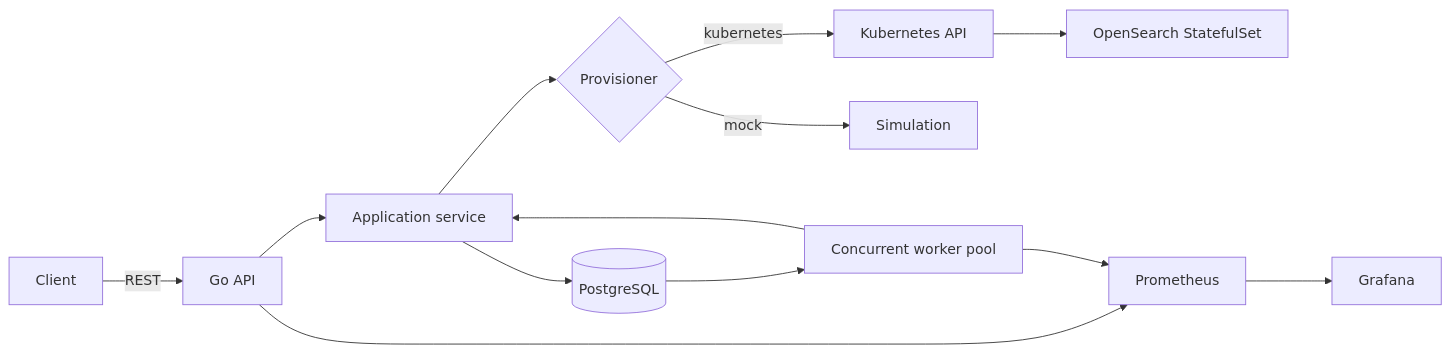
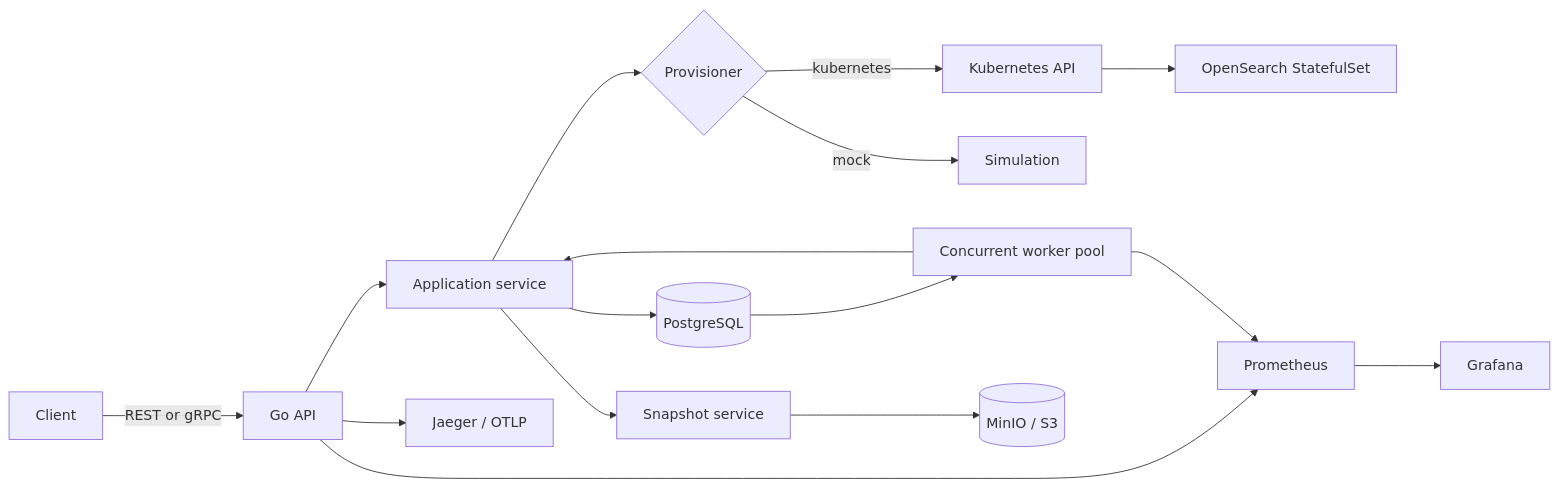
Before and after one commit to SaiVyshnavi1522/dataplane-control-plane: the diagram in README.md, drawn with Mermaid. The commit also changed other lines of this file and 59 other files, not shown here.

Commit message:
feat: implement architecture component for 2025-10-03

````diff
--- a/README.md
+++ b/README.md
@@ -25,15 +28,18 @@
 ```mermaid
 flowchart LR
-    Client -->|REST| API[Go API]
+    Client -->|REST or gRPC| API[Go API]
     API --> APP[Application service]
     APP --> DB[(PostgreSQL)]
     DB --> W[Concurrent worker pool]
     W --> APP
     APP --> P{Provisioner}
     P -->|mock| Mock[Simulation]
     P -->|kubernetes| K8s[Kubernetes API]
     K8s --> OS[OpenSearch StatefulSet]
+    APP --> SNAP[Snapshot service]
+    SNAP --> MinIO[(MinIO / S3)]
     API --> Prom[Prometheus]
     W --> Prom
     Prom --> Grafana
+    API --> Jaeger[Jaeger / OTLP]
 ```
````
